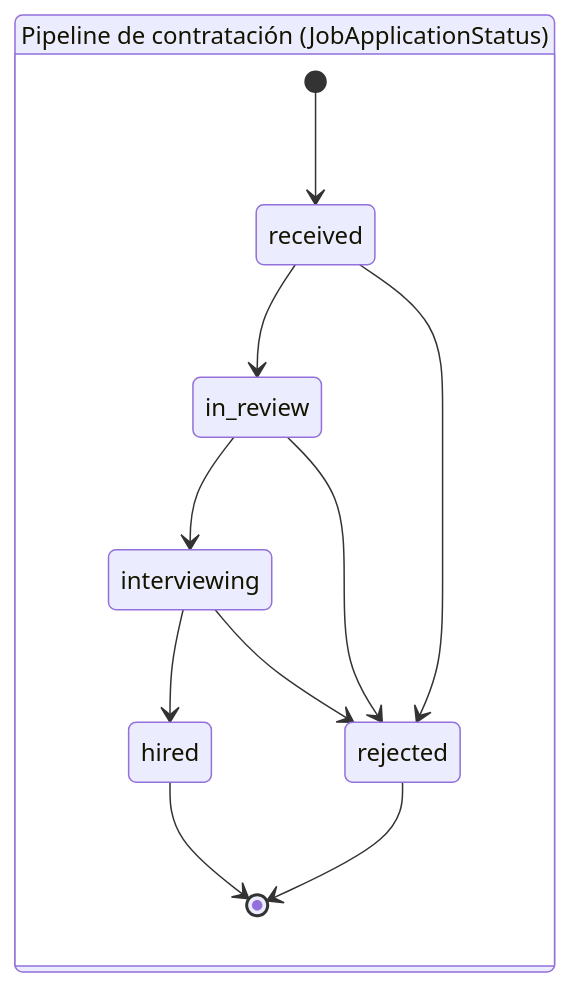
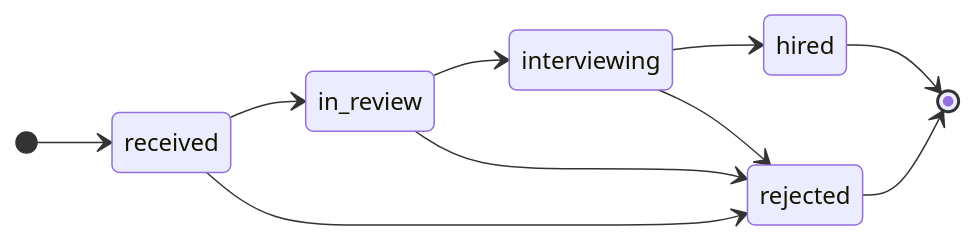
The second of 3 diagrams in docs/ARCHITECTURE.es.md (manuelarandait/ats-poc), drawn with Mermaid before and after one commit. The commit also changed other lines of this file and 5 other files, not shown here.

First line of the commit message:
docs: cut the architecture document to its essentials

````diff
--- a/docs/ARCHITECTURE.es.md
+++ b/docs/ARCHITECTURE.es.md
@@ -215,15 +65,13 @@
 ```mermaid
 stateDiagram-v2
     direction LR
-    state "Pipeline de contratación (JobApplicationStatus)" as hiring {
-        [*] --> received
-        received --> in_review
-        in_review --> interviewing
-        interviewing --> hired
-        received --> rejected
-        in_review --> rejected
-        interviewing --> rejected
-        hired --> [*]
-        rejected --> [*]
-    }
+    [*] --> received
+    received --> in_review
+    in_review --> interviewing
+    interviewing --> hired
+    received --> rejected
+    in_review --> rejected
+    interviewing --> rejected
+    hired --> [*]
+    rejected --> [*]
 ```
````
